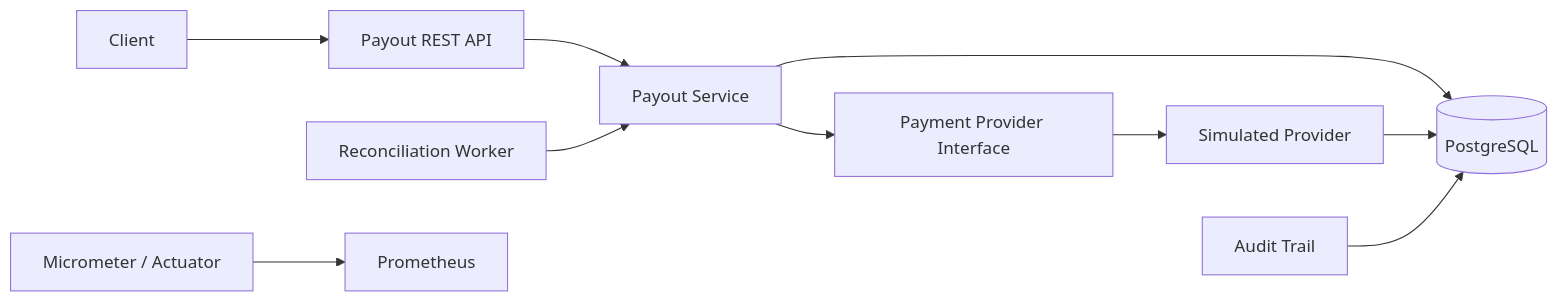
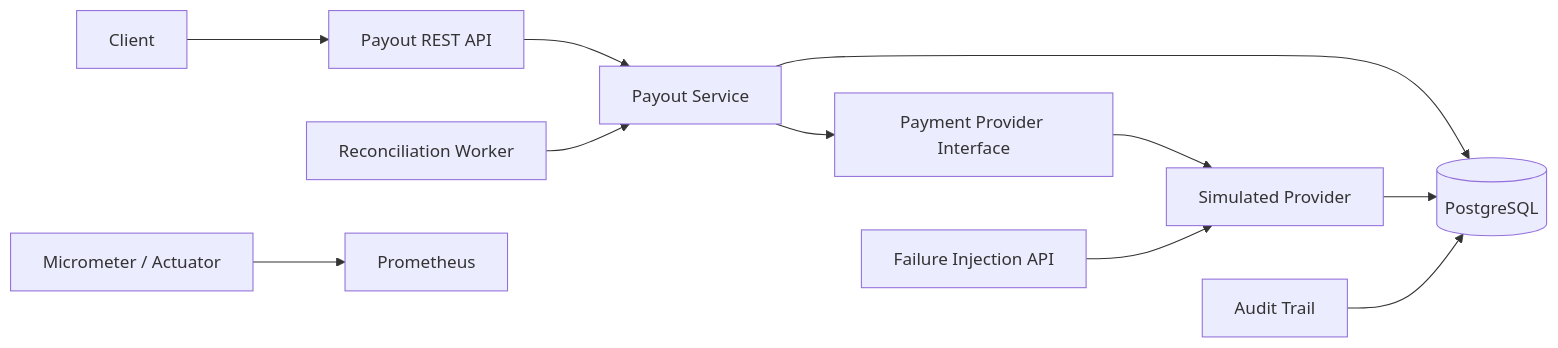
The diagram in README.md (yyan115/payment-processing-simulator), drawn with Mermaid before and after one commit. The commit also changed other lines of this file and 11 other files, not shown here.

````diff
--- a/README.md
+++ b/README.md
@@ -29,12 +29,13 @@
 ```mermaid
 flowchart LR
     C[Client] --> API[Payout REST API]
     API --> S[Payout Service]
     S --> DB[(PostgreSQL)]
     S --> P[Payment Provider Interface]
     P --> SIM[Simulated Provider]
     SIM --> DB
+    FI[Failure Injection API] --> SIM
     R[Reconciliation Worker] --> S
     A[Audit Trail] --> DB
     M[Micrometer / Actuator] --> PR[Prometheus]
 ```
````
